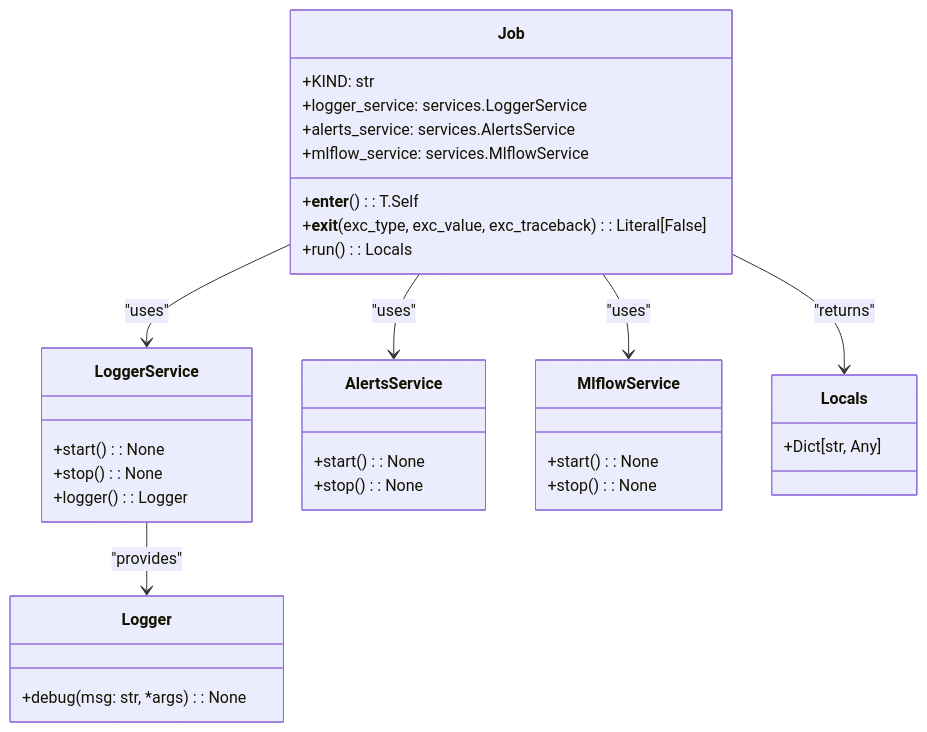
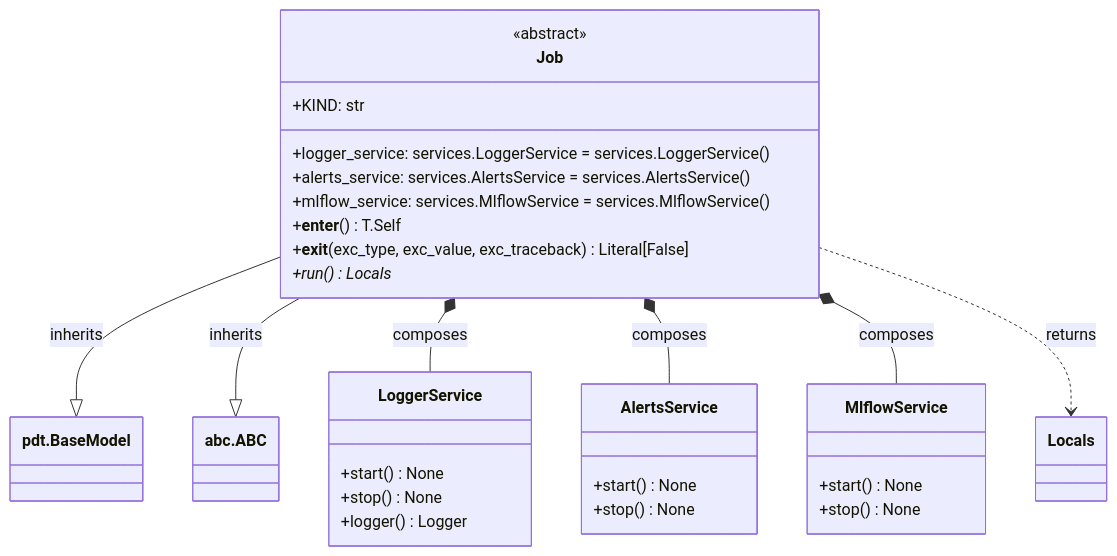
The diagram in Documents/Base_stories.md (lgcorzo/mlops-python-package), drawn with Mermaid before and after one commit. The commit also changed 21 other files, not shown here.

````diff
--- a/Documents/Base_stories.md
+++ b/Documents/Base_stories.md
@@ -19,43 +19,36 @@
 ```mermaid
 classDiagram
     class Job {
+        <<abstract>>
         +KIND: str
-        +logger_service: services.LoggerService
-        +alerts_service: services.AlertsService
-        +mlflow_service: services.MlflowService
-        +__enter__() : T.Self
-        +__exit__(exc_type, exc_value, exc_traceback) : Literal[False]
-        +run() : Locals
+        +logger_service: services.LoggerService = services.LoggerService()
+        +alerts_service: services.AlertsService = services.AlertsService()
+        +mlflow_service: services.MlflowService = services.MlflowService()
+        +__enter__() T.Self
+        +__exit__(exc_type, exc_value, exc_traceback) Literal[False]
+        +run()* Locals
     }
 
     class LoggerService {
-        +start() : None
-        +stop() : None
-        +logger() : Logger
+        +start() None
+        +stop() None
+        +logger() Logger
     }
 
     class AlertsService {
-        +start() : None
-        +stop() : None
+        +start() None
+        +stop() None
     }
 
     class MlflowService {
-        +start() : None
-        +stop() : None
+        +start() None
+        +stop() None
     }
 
-    class Logger {
-        +debug(msg: str, *args) : None
-    }
-
-    class Locals {
-        +Dict[str, Any]
-    }
-
-    Job --> LoggerService : "uses"
-    Job --> AlertsService : "uses"
-    Job --> MlflowService : "uses"
-    LoggerService --> Logger : "provides"
-    Job --> Locals : "returns"
-
+    Job --|> pdt.BaseModel : inherits
+    Job --|> abc.ABC : inherits
+    Job *-- LoggerService : composes
+    Job *-- AlertsService : composes
+    Job *-- MlflowService : composes
+    Job ..> Locals : returns
 ```
````
